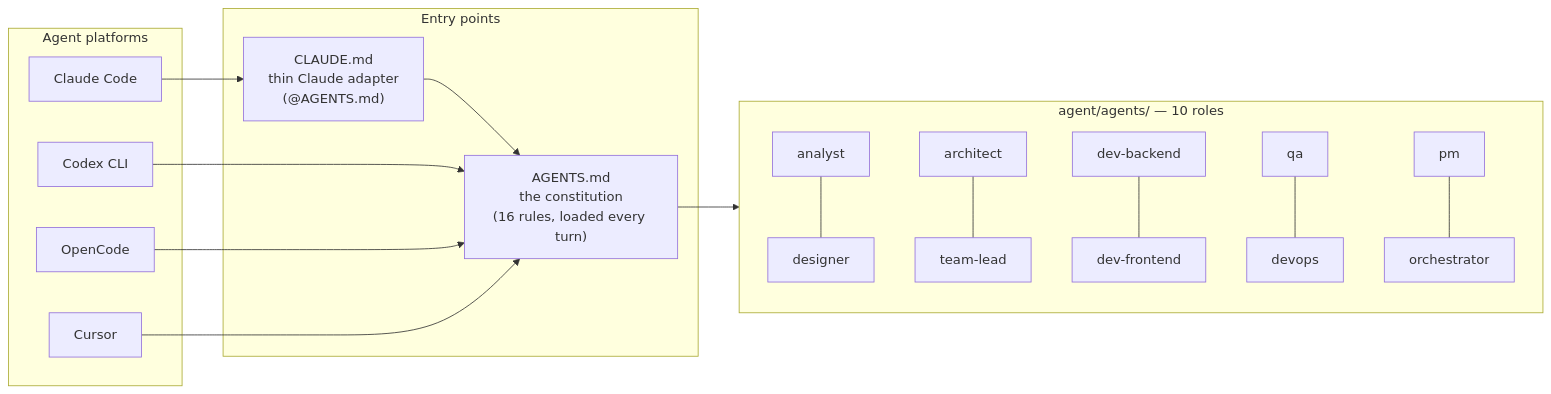
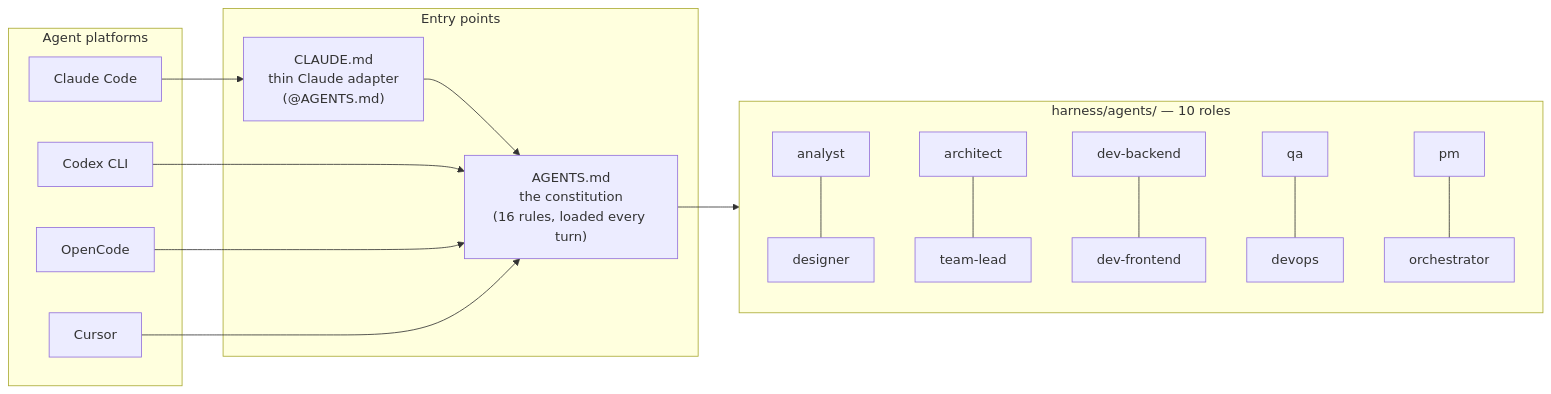
The second of 7 diagrams in README.md (nuhin13/Workflow), drawn with Mermaid before and after one commit. The commit also changed other lines of this file and 187 other files, not shown here.

First line of the commit message:
feat(v2-4): rename agent/ -> harness/ (visible), atomic (§7 · ADR-0001 D-2)

````diff
--- a/README.md
+++ b/README.md
@@ -54,28 +54,28 @@
 ```mermaid
 flowchart LR
     subgraph PLATFORMS["Agent platforms"]
         CC[Claude Code]
         CX[Codex CLI]
         OC[OpenCode]
         CU[Cursor]
     end
 
     subgraph ENTRY["Entry points"]
         AG["AGENTS.md<br>the constitution<br>(16 rules, loaded every turn)"]
         CL["CLAUDE.md<br>thin Claude adapter<br>(@AGENTS.md)"]
     end
 
-    subgraph ROLES["agent/agents/ — 10 roles"]
+    subgraph ROLES["harness/agents/ — 10 roles"]
         AN[analyst] --- DE[designer]
         AR[architect] --- TL[team-lead]
         DB[dev-backend] --- DF[dev-frontend]
         QAA[qa] --- DO[devops]
         PM[pm] --- OR[orchestrator]
     end
 
     CC --> CL --> AG
     CX --> AG
     OC --> AG
     CU --> AG
     AG --> ROLES
 ```
````
